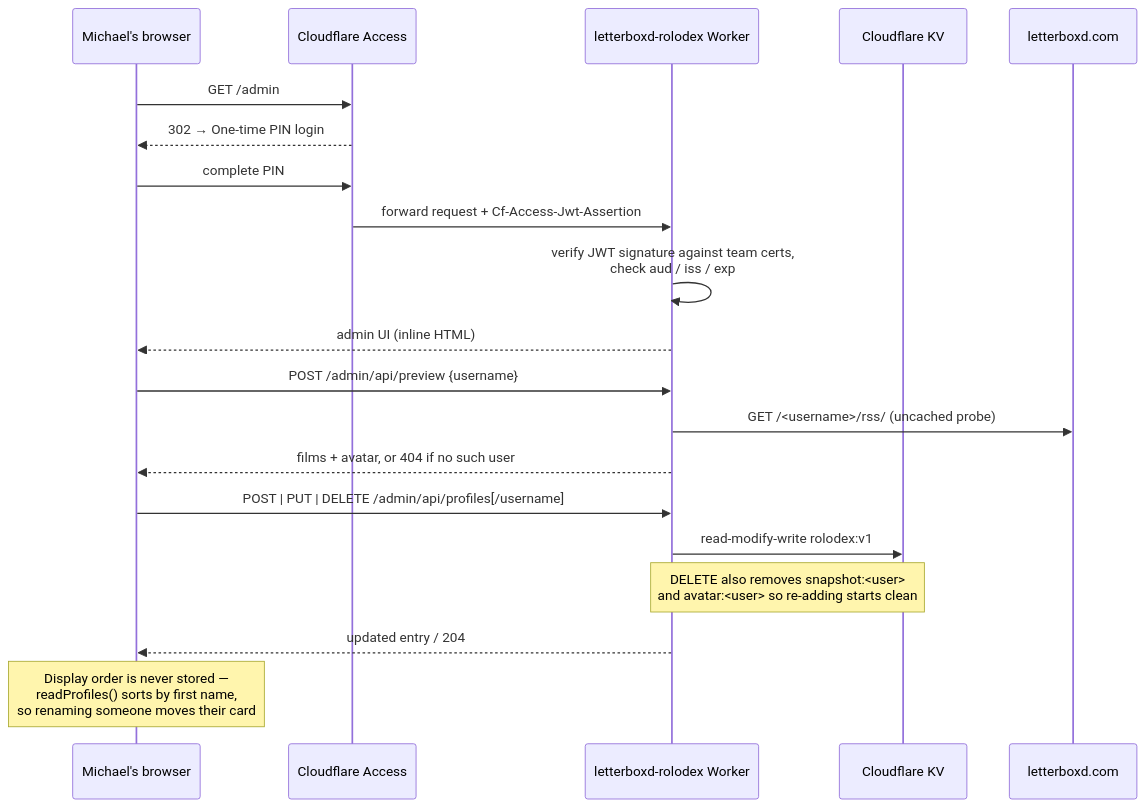
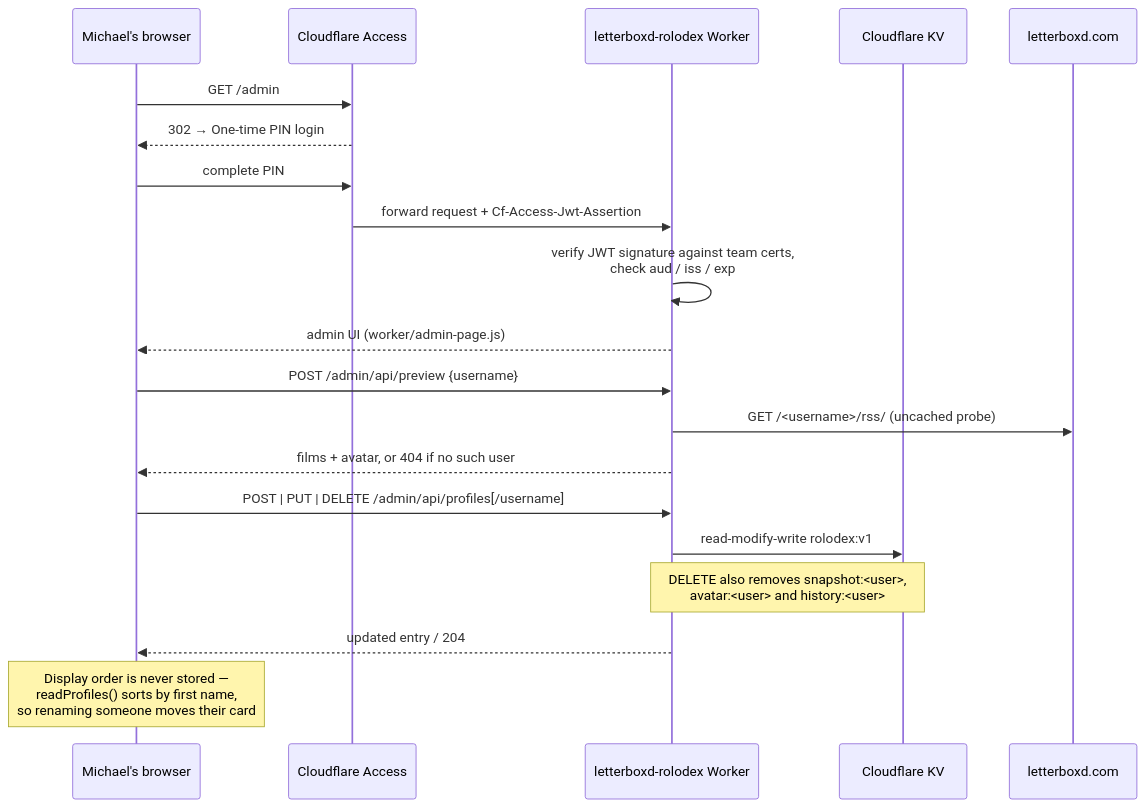
One commit to michaellambgelo/letterboxd-viewer changed the fourth of 5 diagrams in sequence-diagram.md. Above: the diagram before and after it, drawn with Mermaid. The commit also changed other lines of this file and 3 other files, not shown here.

First line of the commit message:
Docs: bring README, CLAUDE.md, sequence diagrams and SETUP up to date

````diff
--- a/sequence-diagram.md
+++ b/sequence-diagram.md
@@ -130,27 +149,27 @@
 ```mermaid
 sequenceDiagram
     participant Admin as Michael's browser
     participant Access as Cloudflare Access
     participant Worker as letterboxd-rolodex Worker
     participant KV as Cloudflare KV
     participant LB as letterboxd.com
 
     Admin->>Access: GET /admin
     Access-->>Admin: 302 → One-time PIN login
     Admin->>Access: complete PIN
     Access->>Worker: forward request + Cf-Access-Jwt-Assertion
     Worker->>Worker: verify JWT signature against team certs,<br/>check aud / iss / exp
-    Worker-->>Admin: admin UI (inline HTML)
+    Worker-->>Admin: admin UI (worker/admin-page.js)
 
     %% Preview before save
     Admin->>Worker: POST /admin/api/preview {username}
     Worker->>LB: GET /<username>/rss/ (uncached probe)
     Worker-->>Admin: films + avatar, or 404 if no such user
 
     %% CRUD (username is the KV key — immutable; delete + re-add to fix)
     Admin->>Worker: POST | PUT | DELETE /admin/api/profiles[/username]
     Worker->>KV: read-modify-write rolodex:v1
-    Note over Worker,KV: DELETE also removes snapshot:<user><br/>and avatar:<user> so re-adding starts clean
+    Note over Worker,KV: DELETE also removes snapshot:<user>,<br/>avatar:<user> and history:<user>
     Worker-->>Admin: updated entry / 204
     Note over Admin: Display order is never stored —<br/>readProfiles() sorts by first name,<br/>so renaming someone moves their card
 ```
````
